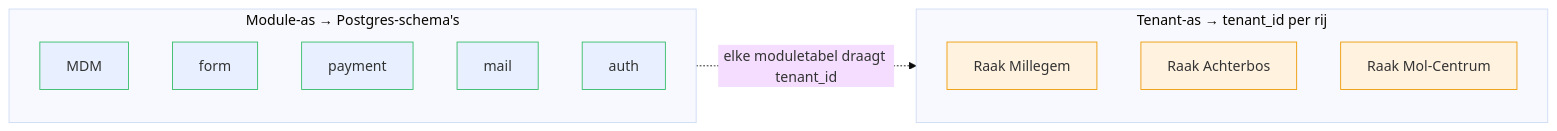
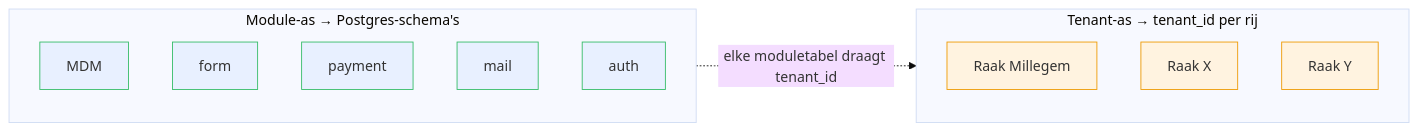
Before and after one commit to KoenRenders/KoenTest: the first of 12 diagrams in docs/intermediate-architecture-upgrade-v1.md, drawn with Mermaid (base theme). The commit also changed other lines of this file, not shown here.

First line of the commit message:
docs: architecture v1 — codebase-structuur (§16), SEO per unit (§17), namen X/Y/Z

````diff
--- a/docs/intermediate-architecture-upgrade-v1.md
+++ b/docs/intermediate-architecture-upgrade-v1.md
@@ -51,18 +51,18 @@
 ```mermaid
 flowchart LR
   subgraph Modules["Module-as → Postgres-schema's"]
     M1[MDM]:::m
     M2[form]:::m
     M3[payment]:::m
     M4[mail]:::m
     M5[auth]:::m
   end
   subgraph Tenants["Tenant-as → tenant_id per rij"]
     T1[Raak Millegem]:::t
-    T2[Raak Achterbos]:::t
-    T3[Raak Mol-Centrum]:::t
+    T2[Raak X]:::t
+    T3[Raak Y]:::t
   end
   Modules -. elke moduletabel draagt tenant_id .-> Tenants
   classDef m fill:#e8f0ff,stroke:#3b6;
   classDef t fill:#fff3e0,stroke:#e90;
 ```
````
